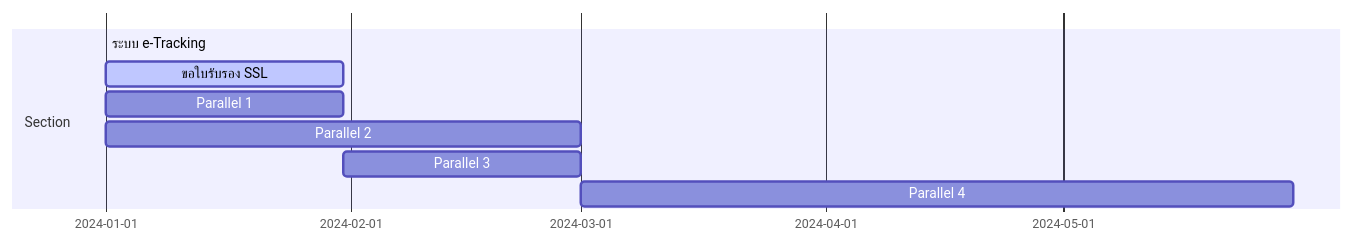
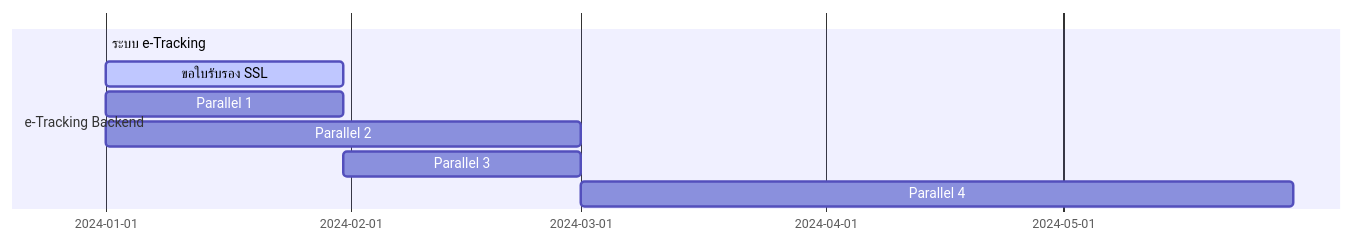
Before and after one commit to Kietpawpan/e-tracking: the diagram in README.md, drawn with Mermaid.

````diff
--- a/README.md
+++ b/README.md
@@ -6,10 +6,10 @@
 ```mermaid
 gantt
-    section Section
+    section e-Tracking Backend
     ระบบ e-Tracking :done,    des1, 2024-01-01,2024-01-30
     ขอใบรับรอง SSL        :active, des2, after des1, 30d
     Parallel 1   :         des3, after des1, 30d
     Parallel 2   :         des4, after des1, 60d
     Parallel 3   :         des5, after des3, 30d
     Parallel 4   :         des6, after des4, 90d
 ```
````
